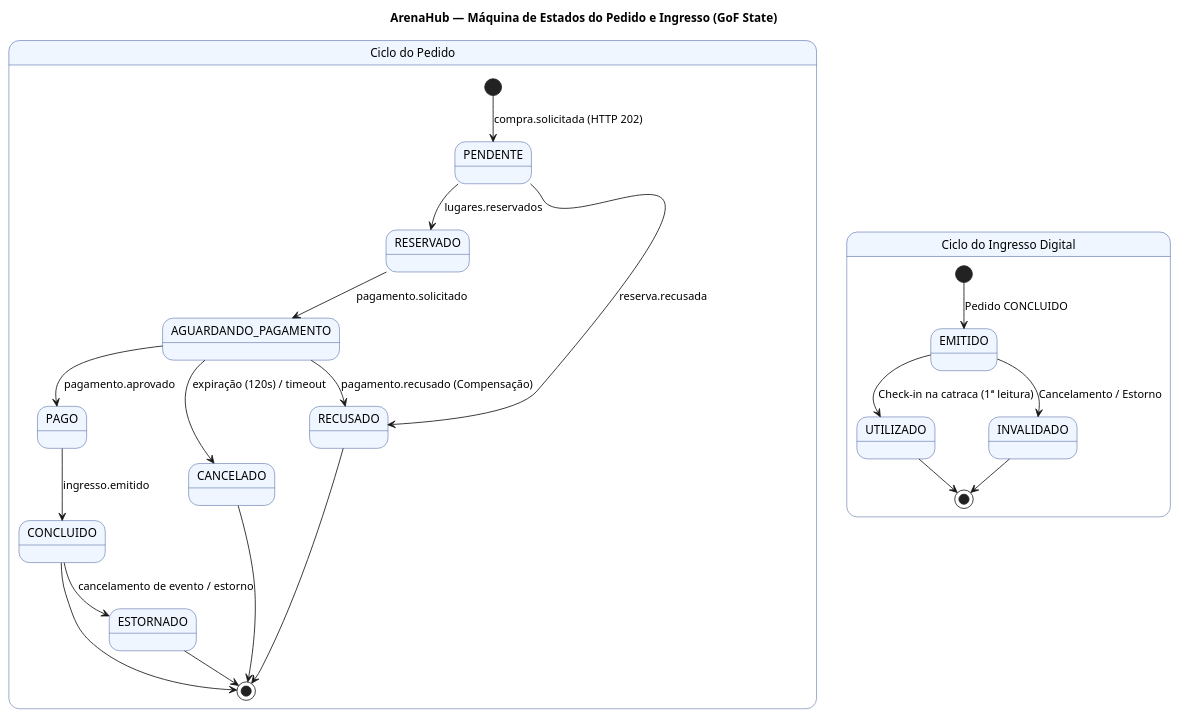
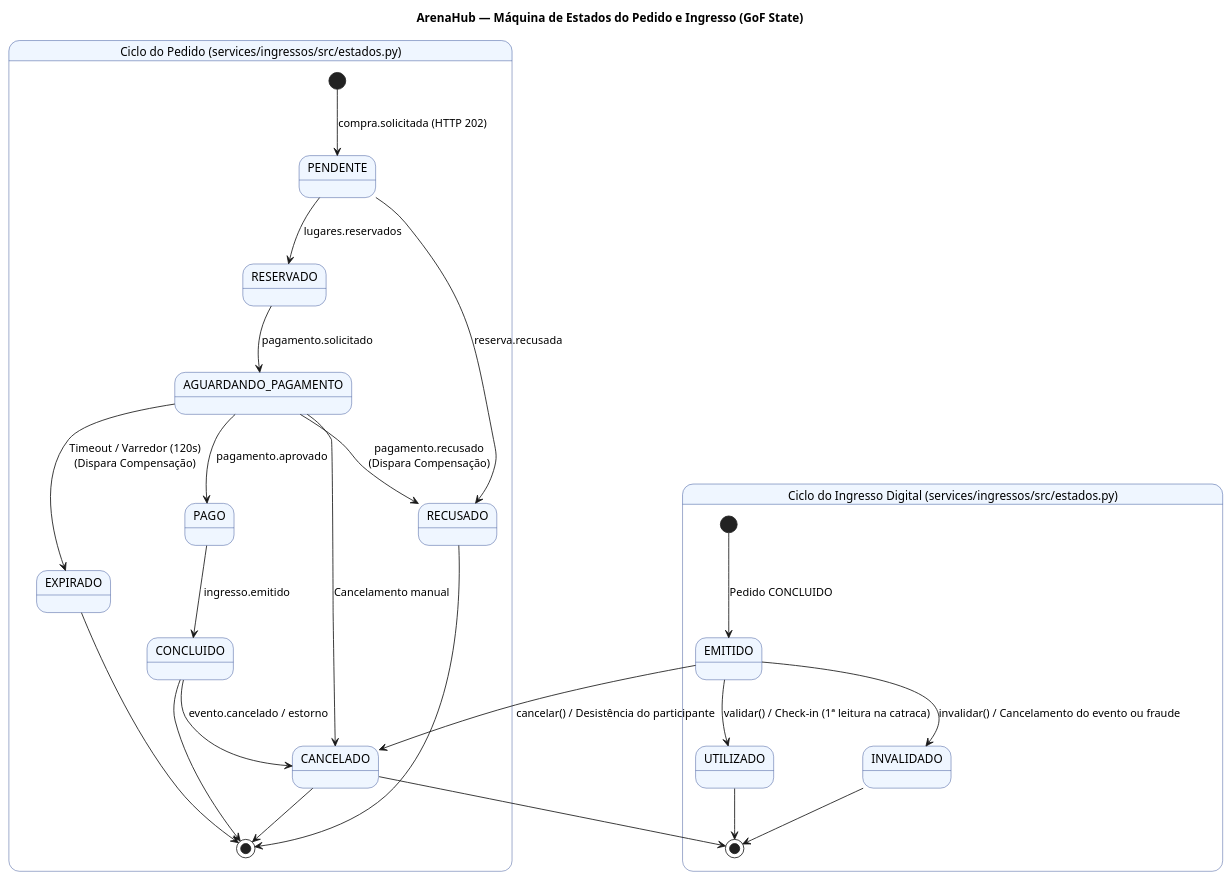
One commit to henriquegs5/arenahub changed the diagram in docs/entrega/diagramas/estados-pedido.puml. Above: the diagram before and after it, drawn with PlantUML. The commit also changed 10 other files, not shown here.

Commit message:
docs: reformula PDFs acadêmicos (WeasyPrint), atualiza diagramas e adiciona dados do Grupo 5

```diff
--- a/docs/entrega/diagramas/estados-pedido.puml
+++ b/docs/entrega/diagramas/estados-pedido.puml
@@ -1,37 +1,44 @@
 @startuml estados-pedido
 skinparam backgroundColor #FFFFFF
 skinparam defaultFontName Arial
 skinparam stateBackgroundColor #EFF6FF
 skinparam stateBorderColor #1E3A8A
 
 title ArenaHub — Máquina de Estados do Pedido e Ingresso (GoF State)
 
-state "Ciclo do Pedido" as Pedido {
+state "Ciclo do Pedido (services/ingressos/src/estados.py)" as Pedido {
   [*] --> PENDENTE : compra.solicitada (HTTP 202)
+  
   PENDENTE --> RESERVADO : lugares.reservados
   PENDENTE --> RECUSADO : reserva.recusada
 
   RESERVADO --> AGUARDANDO_PAGAMENTO : pagamento.solicitado
+  
   AGUARDANDO_PAGAMENTO --> PAGO : pagamento.aprovado
-  AGUARDANDO_PAGAMENTO --> RECUSADO : pagamento.recusado (Compensação)
-  AGUARDANDO_PAGAMENTO --> CANCELADO : expiração (120s) / timeout
+  AGUARDANDO_PAGAMENTO --> RECUSADO : pagamento.recusado\n(Dispara Compensação)
+  AGUARDANDO_PAGAMENTO --> EXPIRADO : Timeout / Varredor (120s)\n(Dispara Compensação)
+  AGUARDANDO_PAGAMENTO --> CANCELADO : Cancelamento manual
 
   PAGO --> CONCLUIDO : ingresso.emitido
-  CONCLUIDO --> ESTORNADO : cancelamento de evento / estorno
+
+  CONCLUIDO --> CANCELADO : evento.cancelado / estorno
 
   CONCLUIDO --> [*]
   RECUSADO --> [*]
+  EXPIRADO --> [*]
   CANCELADO --> [*]
-  ESTORNADO --> [*]
 }
 
-state "Ciclo do Ingresso Digital" as Ingresso {
+state "Ciclo do Ingresso Digital (services/ingressos/src/estados.py)" as Ingresso {
   [*] --> EMITIDO : Pedido CONCLUIDO
-  EMITIDO --> UTILIZADO : Check-in na catraca (1ª leitura)
-  EMITIDO --> INVALIDADO : Cancelamento / Estorno
+
+  EMITIDO --> UTILIZADO : validar() / Check-in (1ª leitura na catraca)
+  EMITIDO --> CANCELADO : cancelar() / Desistência do participante
+  EMITIDO --> INVALIDADO : invalidar() / Cancelamento do evento ou fraude
 
   UTILIZADO --> [*]
+  CANCELADO --> [*]
   INVALIDADO --> [*]
 }
 
 @enduml
```
